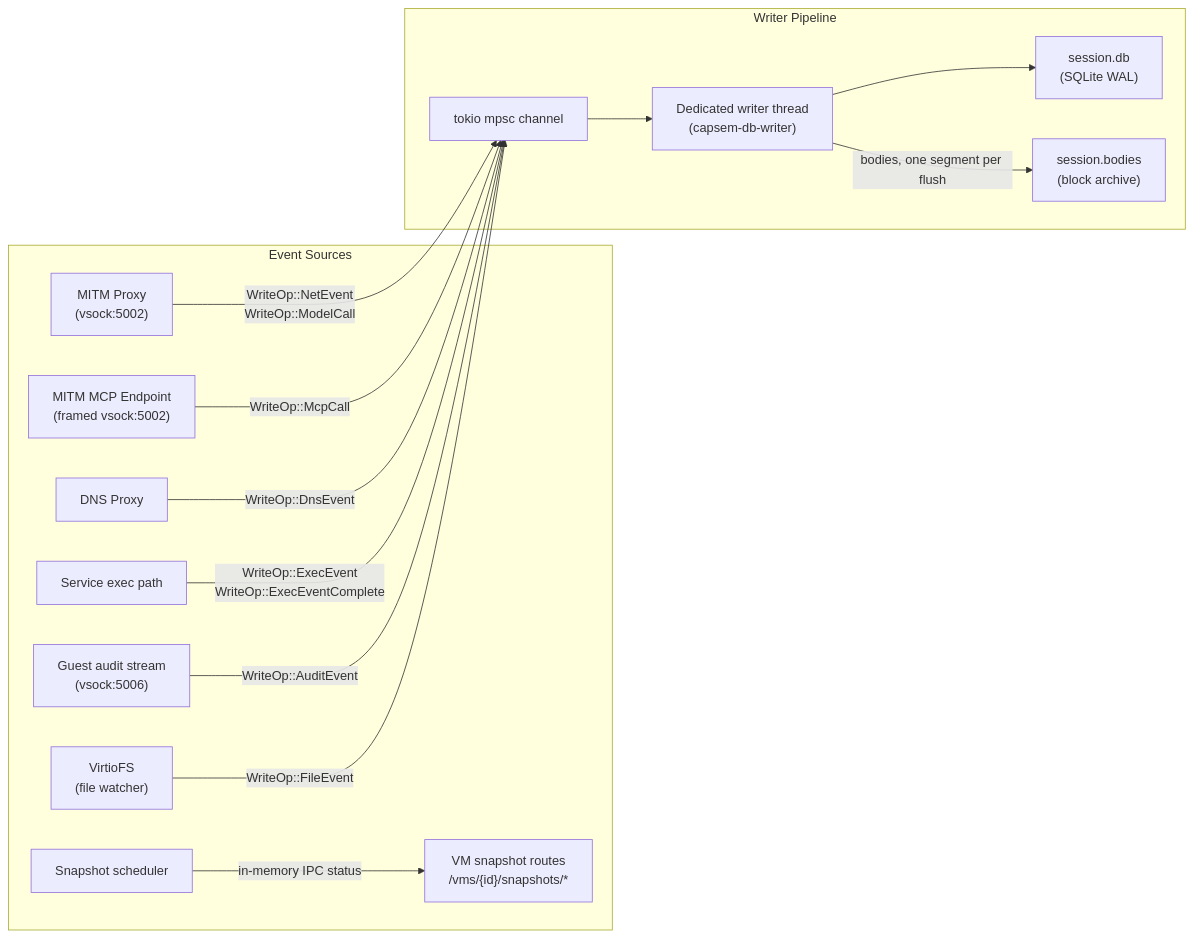
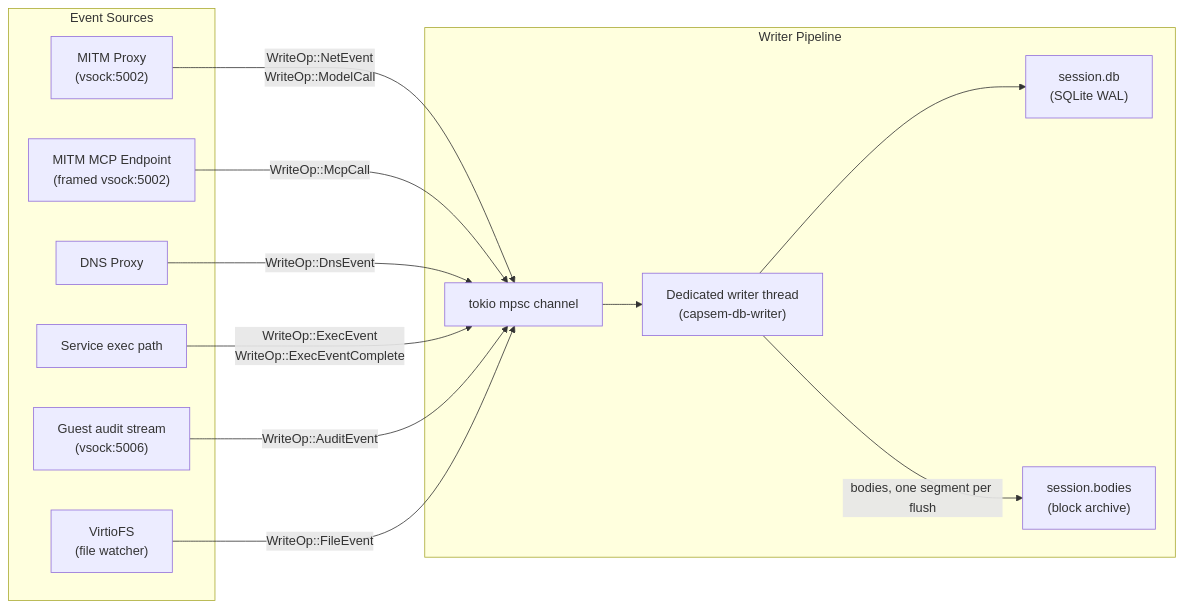
The third of 4 diagrams in web/docs/src/content/docs/architecture/session-telemetry.md (google/capsem), drawn with Mermaid before and after one commit. The commit also changed other lines of this file and 217 other files, not shown here.

````diff
--- a/web/docs/src/content/docs/architecture/session-telemetry.md
+++ b/web/docs/src/content/docs/architecture/session-telemetry.md
@@ -630,31 +621,28 @@
 ```mermaid
 graph LR
     subgraph "Event Sources"
         MITM["MITM Proxy<br/>(vsock:5002)"]
         MCP["MITM MCP Endpoint<br/>(framed vsock:5002)"]
         DNS["DNS Proxy"]
         EXEC["Service exec path"]
         AUDIT["Guest audit stream<br/>(vsock:5006)"]
         FS["VirtioFS<br/>(file watcher)"]
-        SNAP["Snapshot scheduler"]
-        SNAPAPI["VM snapshot routes<br/>/vms/{id}/snapshots/*"]
     end
 
     subgraph "Writer Pipeline"
         CH["tokio mpsc channel"]
         WT["Dedicated writer thread<br/>(capsem-db-writer)"]
         DB["session.db<br/>(SQLite WAL)"]
         BODIES["session.bodies<br/>(block archive)"]
     end
 
     MITM -->|"WriteOp::NetEvent<br/>WriteOp::ModelCall"| CH
     MCP -->|"WriteOp::McpCall"| CH
     DNS -->|"WriteOp::DnsEvent"| CH
     EXEC -->|"WriteOp::ExecEvent<br/>WriteOp::ExecEventComplete"| CH
     AUDIT -->|"WriteOp::AuditEvent"| CH
     FS -->|"WriteOp::FileEvent"| CH
-    SNAP -->|"in-memory IPC status"| SNAPAPI
     CH --> WT
     WT --> DB
     WT -->|"bodies, one segment per flush"| BODIES
 ```
````
